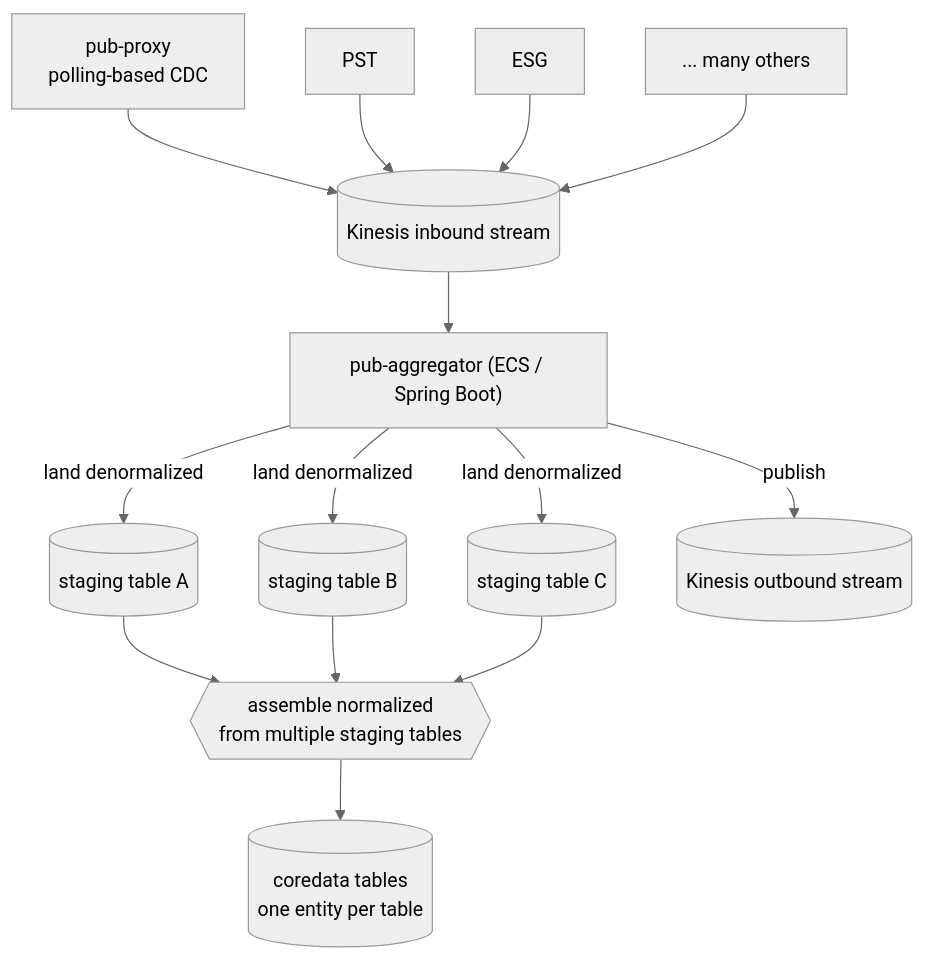
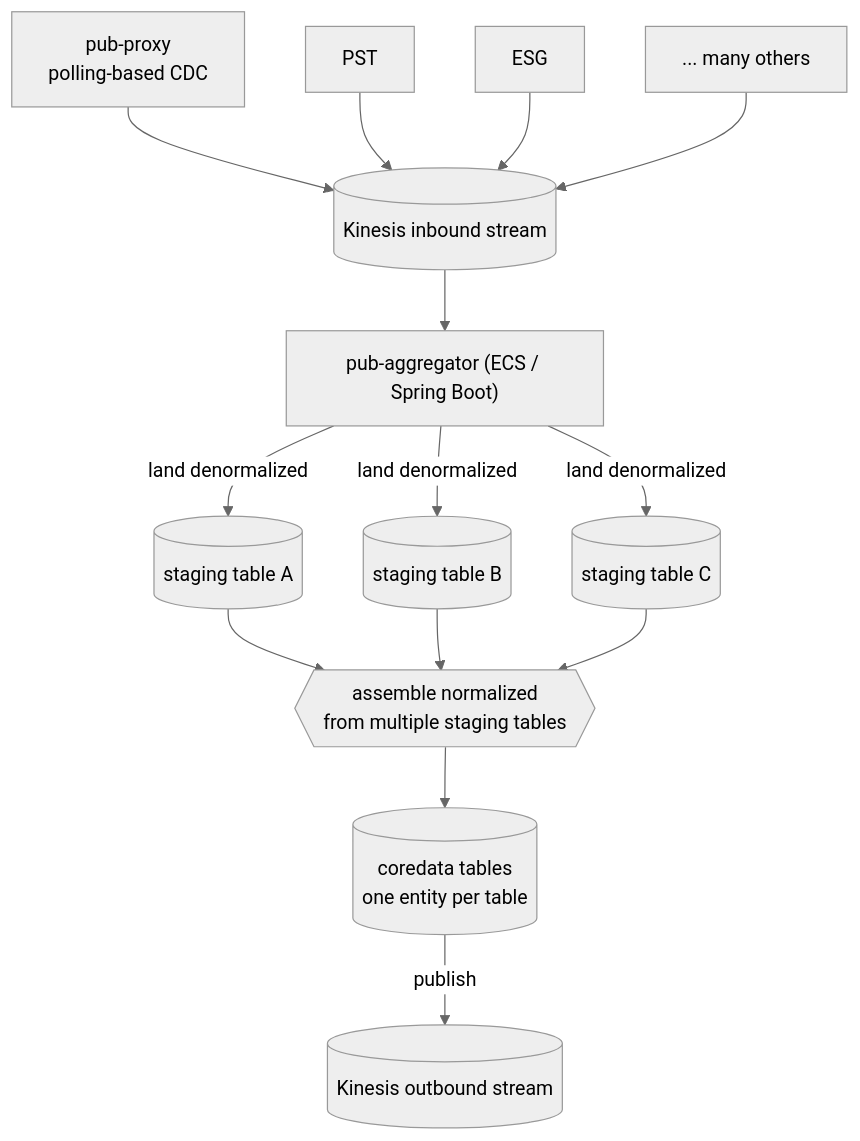
One commit to pprakashbh/puneet_wellington_account_screening changed the second of 7 diagrams in Technical Skills/CoreDataPlatform.md. Above: the diagram before and after it, drawn with Mermaid (neutral theme). The commit also changed other lines of this file, not shown here.

Commit message:
Added Architecture Diagram

````diff
--- a/Technical Skills/CoreDataPlatform.md
+++ b/Technical Skills/CoreDataPlatform.md
@@ -100,19 +100,19 @@
 ```mermaid
 flowchart TD
     Proxy["pub-proxy<br/>polling-based CDC"] --> Inbound[("Kinesis inbound stream")]
     PST["PST"] --> Inbound
     ESG["ESG"] --> Inbound
     More["... many others"] --> Inbound
     Inbound --> Agg["pub-aggregator (ECS / Spring Boot)"]
 
     Agg -- land denormalized --> S1[("staging table A")]
     Agg -- land denormalized --> S2[("staging table B")]
     Agg -- land denormalized --> S3[("staging table C")]
 
     S1 --> Build{{"assemble normalized<br/>from multiple staging tables"}}
     S2 --> Build
     S3 --> Build
     Build --> Core[("coredata tables<br/>one entity per table")]
 
-    Agg -- publish --> Outbound[("Kinesis outbound stream")]
+    Core -- publish --> Outbound[("Kinesis outbound stream")]
 ```
````
